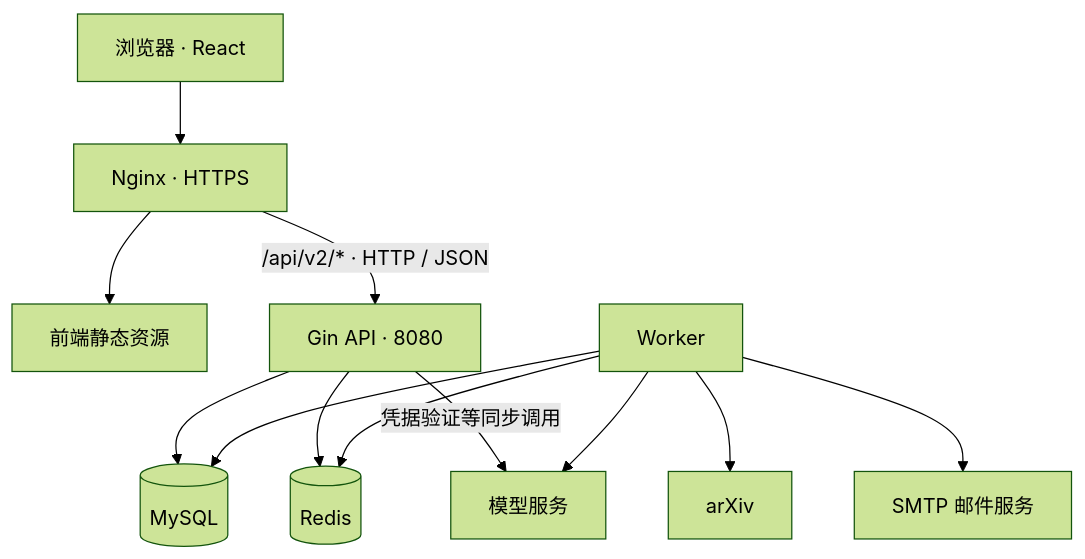
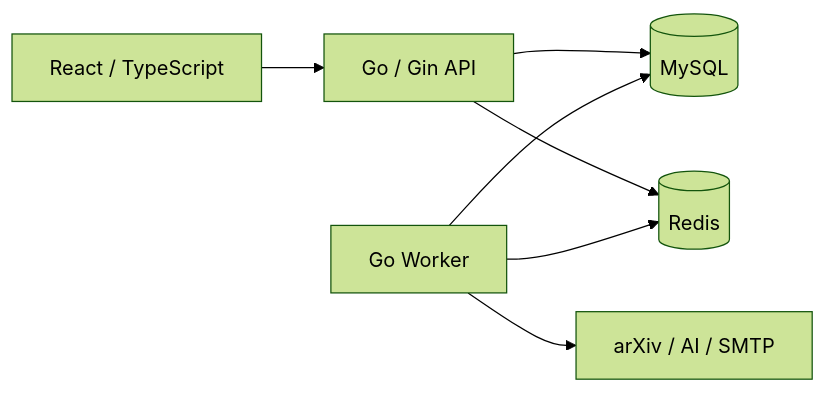
Before and after one commit to ruomio123/SignalWatch: the diagram in README.md, drawn with Mermaid (forest theme). The commit also changed other lines of this file and 5 other files, not shown here.

````diff
--- a/README.md
+++ b/README.md
@@ -9,14 +31,9 @@
 ```mermaid
-flowchart TD
-    Browser[浏览器 · React] --> Gateway[Nginx · HTTPS]
-    Gateway --> Static[前端静态资源]
-    Gateway -->|/api/v2/* · HTTP / JSON| API[Gin API · 8080]
+flowchart LR
+    Web[React / TypeScript] --> API[Go / Gin API]
     API --> MySQL[(MySQL)]
     API --> Redis[(Redis)]
-    API -->|凭据验证等同步调用| AI[模型服务]
-    Worker[Worker] --> MySQL
+    Worker[Go Worker] --> MySQL
     Worker --> Redis
-    Worker --> Arxiv[arXiv]
-    Worker --> AI
-    Worker --> SMTP[SMTP 邮件服务]
+    Worker --> Services[arXiv / AI / SMTP]
 ```
````
